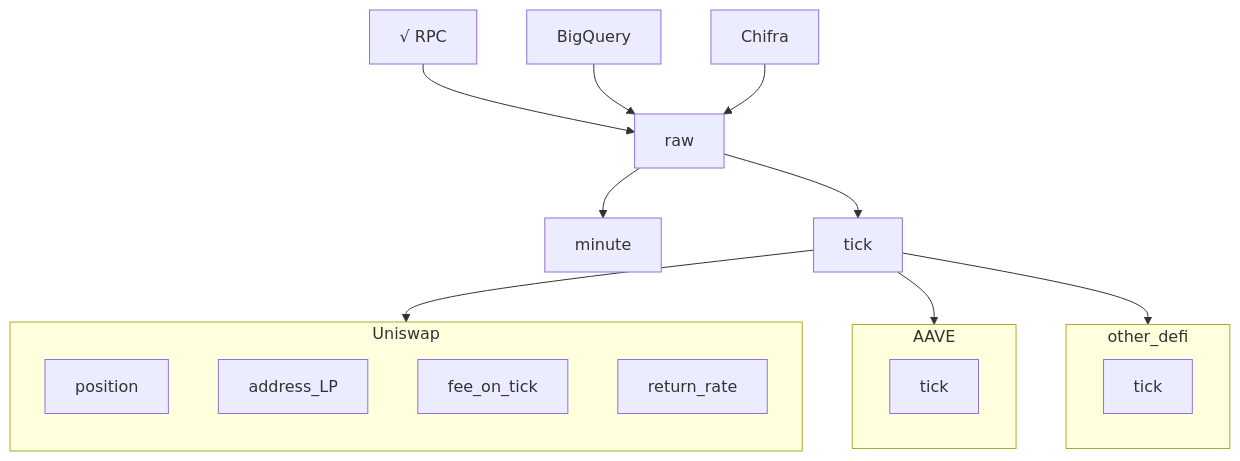
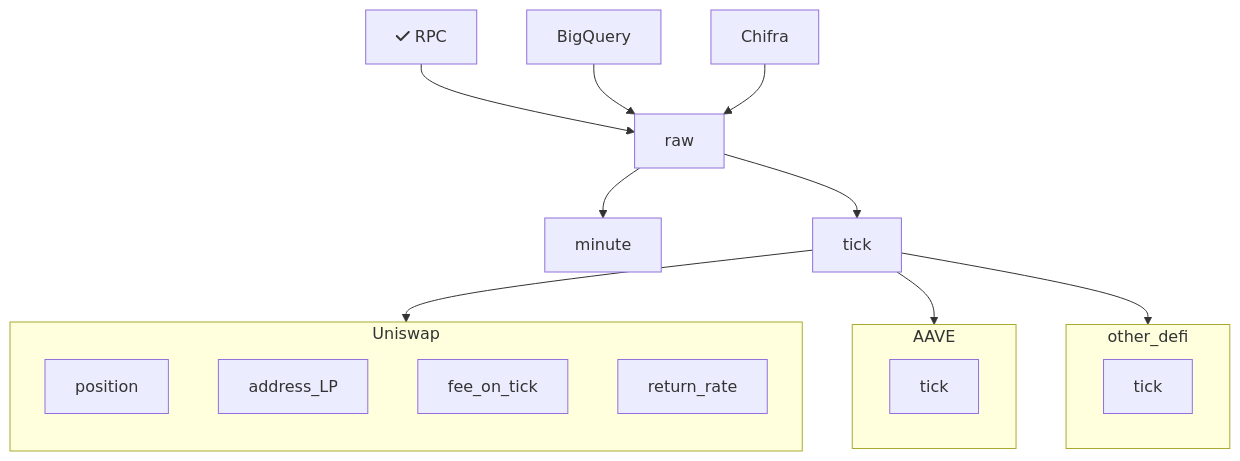
The second of 3 diagrams in README.md (zelos-alpha/demeter-fetch), drawn with Mermaid before and after one commit.

````diff
--- a/README.md
+++ b/README.md
@@ -36,24 +36,24 @@
 ```mermaid
 flowchart TB;
-   RPC[√ RPC] --> raw;
+   RPC[fa:fa-check RPC] --> raw;
    BigQuery --> raw;
    Chifra --> raw;
    raw --> minute;
    raw --> tick;
    tick --> Uniswap;
    tick --> AAVE;
    tick --> other_defi;
    subgraph Uniswap;
       direction TB;
       position;
       address_LP;
       fee_on_tick;
       return_rate;
    end
    subgraph AAVE;
       aave_tick[tick];
    end
    subgraph other_defi;
       other_tick[tick];
    end
 ```
````
